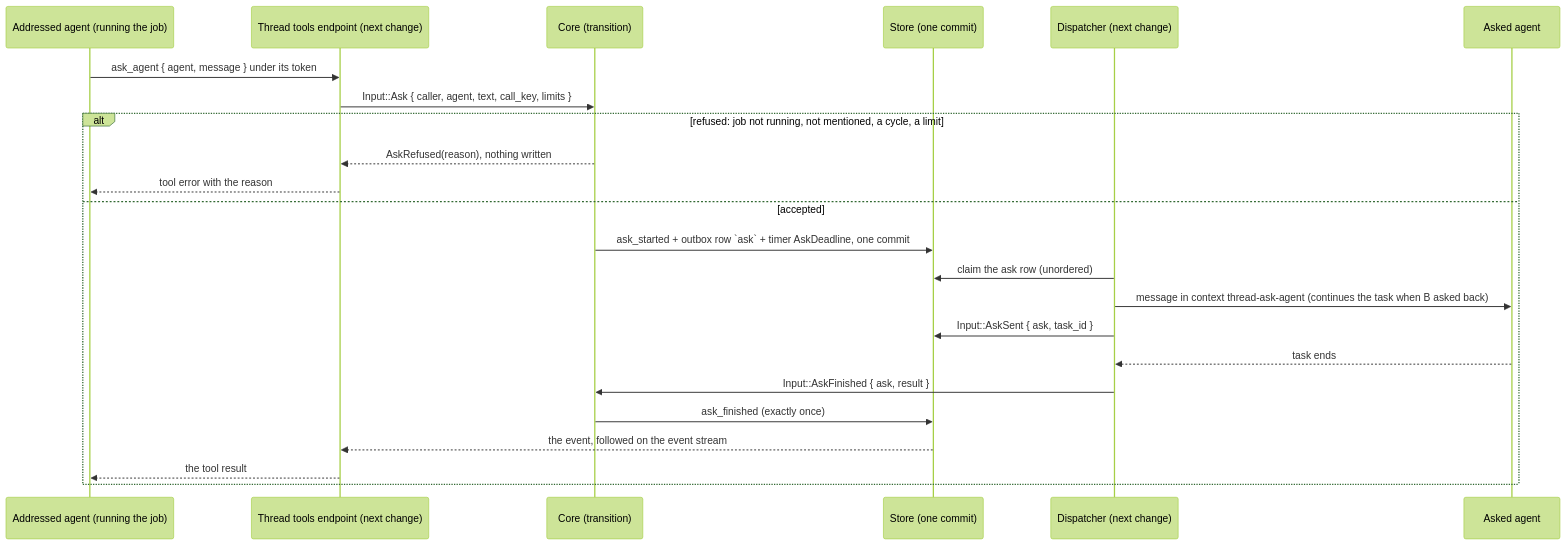
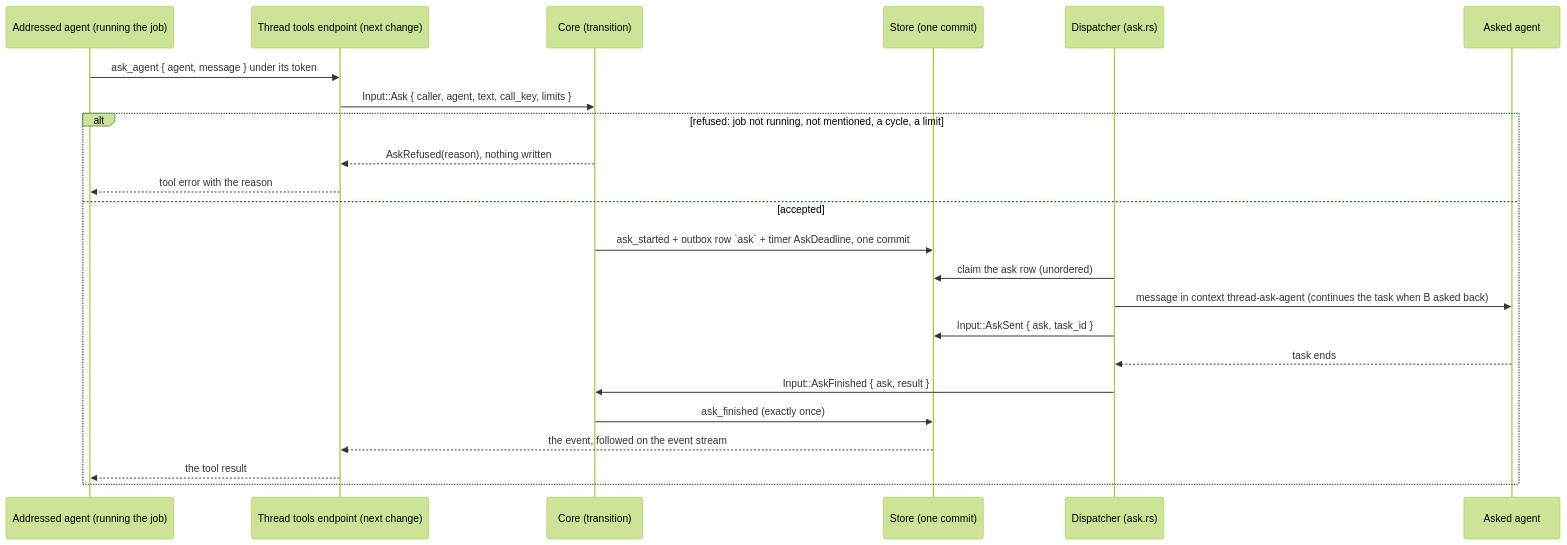
The tenth of 38 diagrams in docs/orchestrator.md (vymalo/another-agentic-system), drawn with Mermaid (forest theme) before and after one commit. The commit also changed other lines of this file and 16 other files, not shown here.

````diff
--- a/docs/orchestrator.md
+++ b/docs/orchestrator.md
@@ -597,25 +600,25 @@
 ```mermaid
 sequenceDiagram
   participant M as Addressed agent (running the job)
   participant E as Thread tools endpoint (next change)
   participant C as Core (transition)
   participant S as Store (one commit)
-  participant D as Dispatcher (next change)
+  participant D as Dispatcher (ask.rs)
   participant B as Asked agent
   M->>E: ask_agent { agent, message } under its token
   E->>C: Input::Ask { caller, agent, text, call_key, limits }
   alt refused: job not running, not mentioned, a cycle, a limit
     C-->>E: AskRefused(reason), nothing written
     E-->>M: tool error with the reason
   else accepted
     C->>S: ask_started + outbox row `ask` + timer AskDeadline, one commit
     D->>S: claim the ask row (unordered)
     D->>B: message in context thread-ask-agent (continues the task when B asked back)
     D->>S: Input::AskSent { ask, task_id }
     B-->>D: task ends
     D->>C: Input::AskFinished { ask, result }
     C->>S: ask_finished (exactly once)
     S-->>E: the event, followed on the event stream
     E-->>M: the tool result
   end
 ```
````
